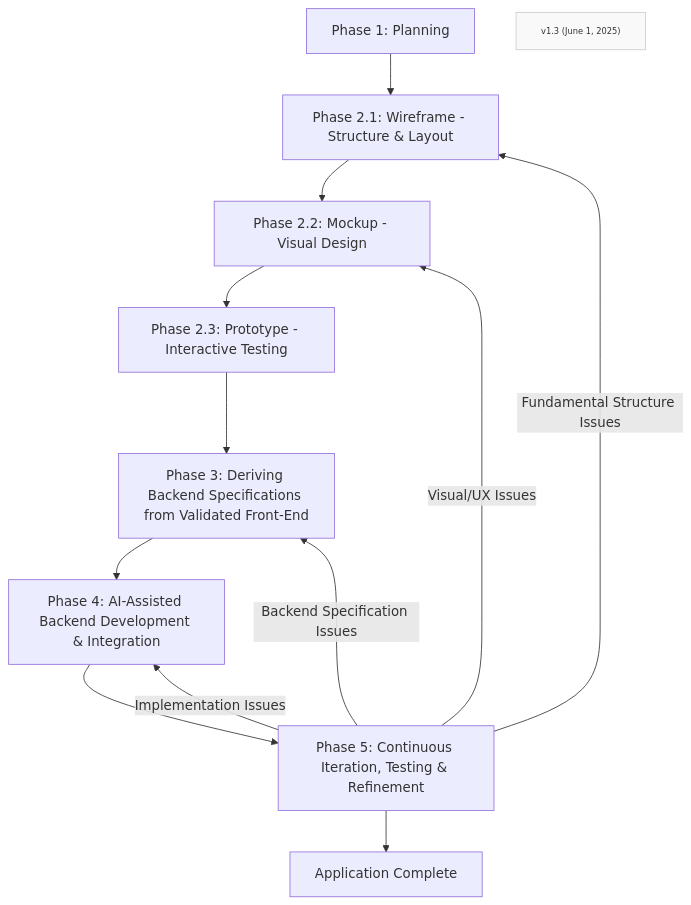
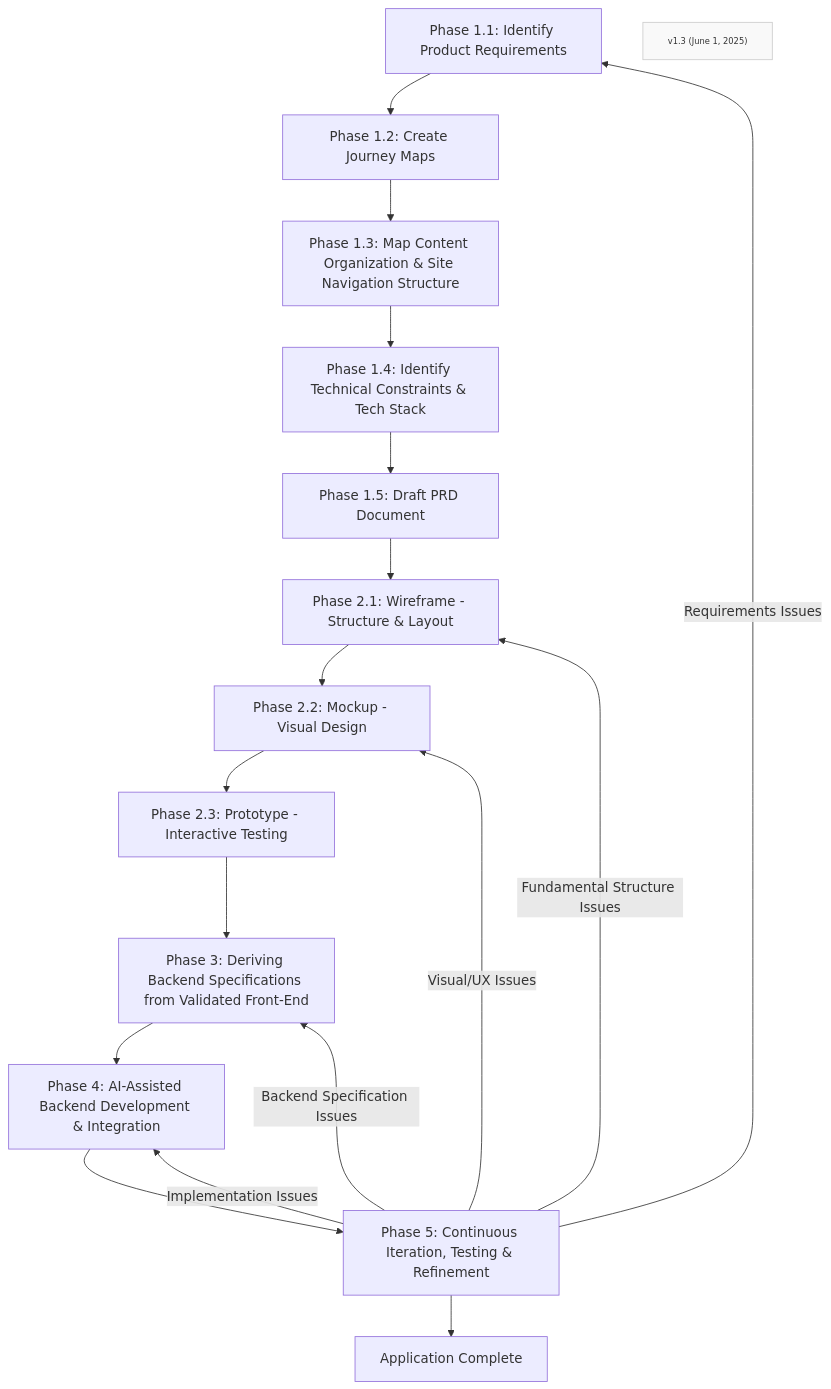
The diagram in Prompt_Snippets/design-first/DF-overview.md (Mharbulous/Front-First-Method), drawn with Mermaid before and after one commit.

````diff
--- a/Prompt_Snippets/design-first/DF-overview.md
+++ b/Prompt_Snippets/design-first/DF-overview.md
@@ -1,20 +1,25 @@
 ```mermaid
 graph TD
-    A["Phase 1: Planning"] --> Phase2_1["Phase 2.1: Wireframe - Structure & Layout"]
+    Phase1_1["Phase 1.1: Identify Product Requirements"] --> Phase1_2["Phase 1.2: Create Journey Maps"]
+    Phase1_2 --> Phase1_3["Phase 1.3: Map Content Organization & Site Navigation Structure"]
+    Phase1_3 --> Phase1_4["Phase 1.4: Identify Technical Constraints & Tech Stack"]
+    Phase1_4 --> Phase1_5["Phase 1.5: Draft PRD Document"]
+    Phase1_5 --> Phase2_1["Phase 2.1: Wireframe - Structure & Layout"]
     Phase2_1 --> Phase2_2["Phase 2.2: Mockup - Visual Design"]
     Phase2_2 --> Phase2_3["Phase 2.3: Prototype - Interactive Testing"]
     Phase2_3 --> Phase3["Phase 3: Deriving Backend Specifications from Validated Front-End"]
     Phase3 --> Phase4["Phase 4: AI-Assisted Backend Development & Integration"]
     Phase4 --> Phase5["Phase 5: Continuous Iteration, Testing & Refinement"]
     Phase5 --> F["Application Complete"]
     
     Phase5 -->|Implementation Issues| Phase4
     Phase5 -->|Backend Specification Issues| Phase3
     Phase5 -->|Visual/UX Issues| Phase2_2
     Phase5 -->|Fundamental Structure Issues| Phase2_1
+    Phase5 -->|Requirements Issues| Phase1_1
     
     Version["v1.3 (June 1, 2025)"]
     
     classDef version fill:#f9f9f9,stroke:#ccc,font-size:10px
     class Version version
 ```
````
